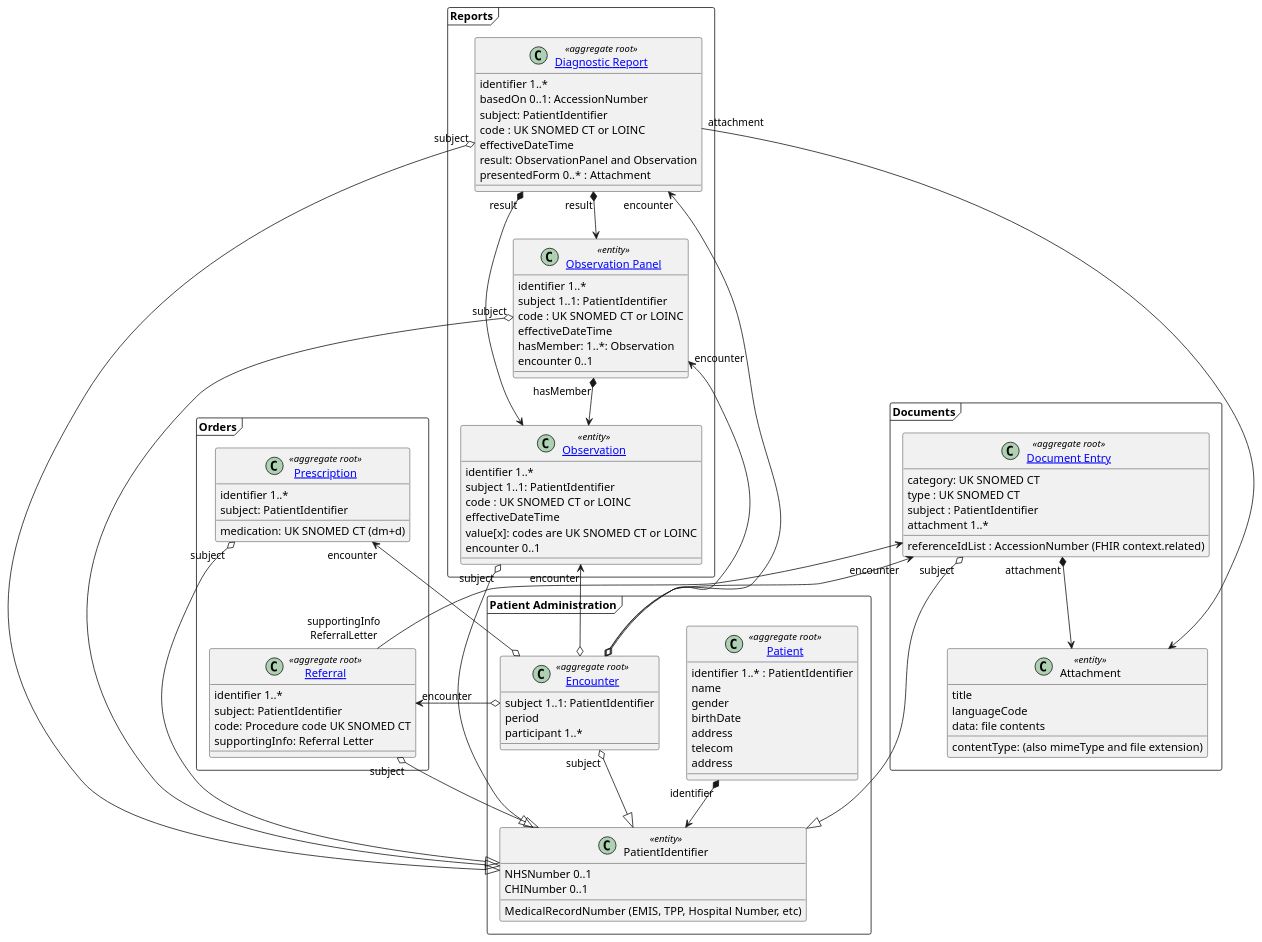
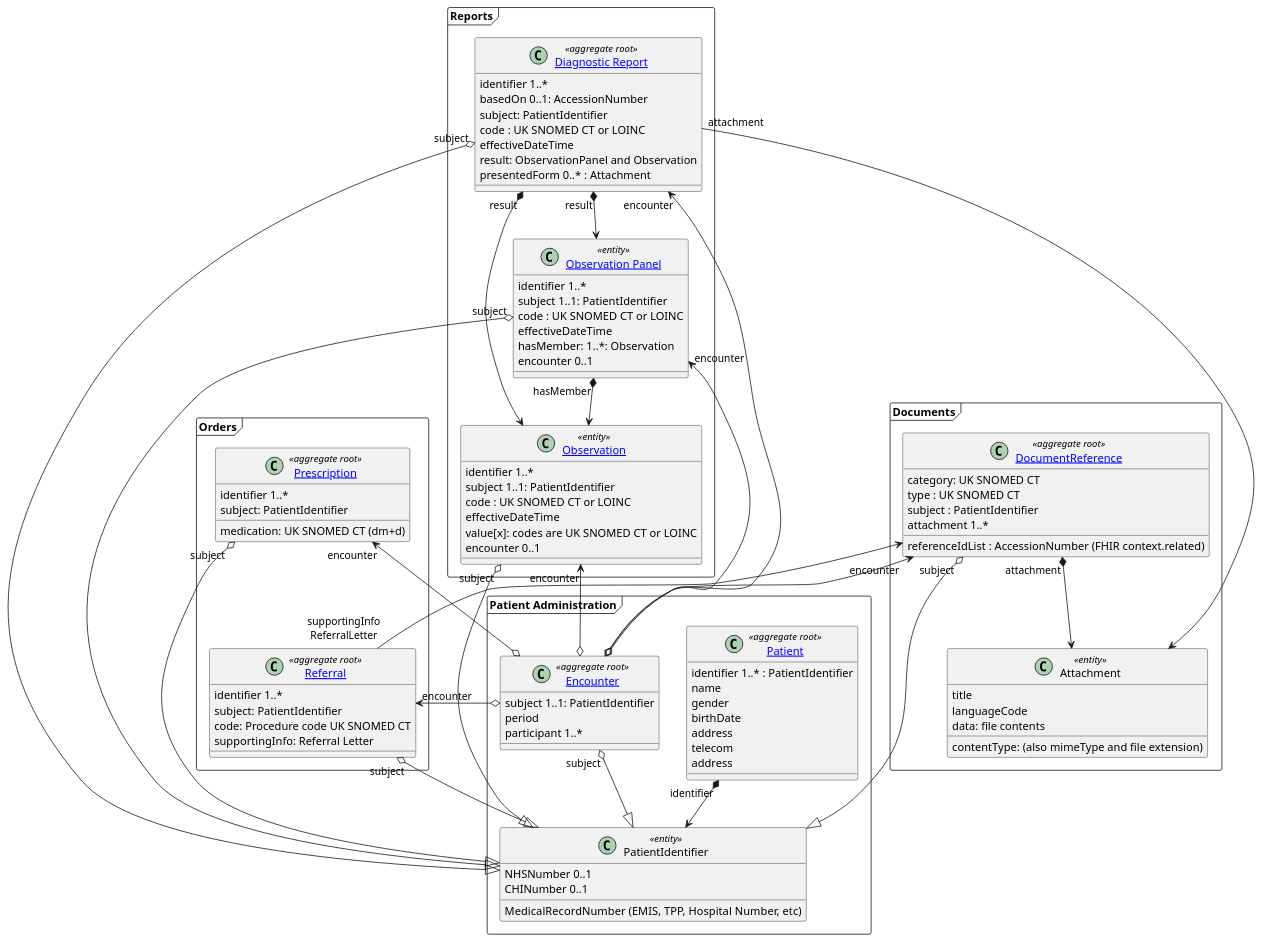
One commit to Virtually-Healthcare/virtually-healthcare.github.com changed the diagram in input/images-source/eReport-entity-model.plantuml. Above: the diagram before and after it, drawn with PlantUML. The commit also changed 4 other files, not shown here.

```diff
--- a/input/images-source/eReport-entity-model.plantuml
+++ b/input/images-source/eReport-entity-model.plantuml
@@ -1,144 +1,144 @@
 @startuml
 
 skinparam svgDimensionStyle false
 
 frame PD1 as "Patient Administration" {
   class "[[StructureDefinition-Patient.html Patient]]" as Patient <<aggregate root>> {
   identifier 1..* : PatientIdentifier
   name
   gender
   birthDate
   address
   telecom
   address
   }
 
 
   class PatientIdentifier <<entity>> {
   NHSNumber 0..1
   CHINumber 0..1
   MedicalRecordNumber (EMIS, TPP, Hospital Number, etc)
   }
 
   class "[[StructureDefinition-Encounter.html Encounter]]" as Encounter <<aggregate root>> {
   subject 1..1: PatientIdentifier
   period
   participant 1..*
   }
 
 
   Patient "identifier" *--> PatientIdentifier
   Encounter "subject" o--|> PatientIdentifier
 
 }
 
 frame Diagnostics as "Reports" {
   class "[[StructureDefinition-Observation.html Observation]]" as Observation <<entity>> {
   identifier 1..*
   subject 1..1: PatientIdentifier
   code : UK SNOMED CT or LOINC
   effectiveDateTime
   value[x]: codes are UK SNOMED CT or LOINC
   encounter 0..1
   }
 
 
   class "[[assessments-and-observations.html Observation Panel]]" as ObservationPanel <<entity>> {
   identifier 1..*
   subject 1..1: PatientIdentifier
   code : UK SNOMED CT or LOINC
   effectiveDateTime
   hasMember: 1..*: Observation
   encounter 0..1
   }
 
 
   class "[[StructureDefinition-DiagnosticReport.html Diagnostic Report]]" as DiagnosticReport <<aggregate root>> {
   identifier 1..*
   basedOn 0..1: AccessionNumber
   subject: PatientIdentifier
   code : UK SNOMED CT or LOINC
   effectiveDateTime
   result: ObservationPanel and Observation
   presentedForm 0..* : Attachment
   }
 
   DiagnosticReport "result" *--> ObservationPanel
    DiagnosticReport "result" *--> Observation
   ObservationPanel "hasMember" *--> Observation
 
 }
 
 
 
 frame Documents {
 
   class Attachment <<entity>> {
   contentType: (also mimeType and file extension)
   title
   languageCode
   data: file contents
   }
 
 
-  class "[[StructureDefinition-DocumentReference.html Document Entry]]" as DocumentEntry <<aggregate root>> {
+  class "[[StructureDefinition-DocumentReference.html DocumentReference]]" as DocumentEntry <<aggregate root>> {
   category: UK SNOMED CT
   type : UK SNOMED CT
   subject : PatientIdentifier
   attachment 1..*
   referenceIdList : AccessionNumber (FHIR context.related)
   }
 
 
   DocumentEntry "attachment" *-d-> Attachment
 
 }
 
 frame Orders {
 
 
 
 
   class "[[StructureDefinition-MedicationRequest.html Prescription]]" as Prescription <<aggregate root>> {
   identifier 1..*
   subject: PatientIdentifier
   medication: UK SNOMED CT (dm+d)
   }
 
 
   class "[[StructureDefinition-ServiceRequest.html Referral]]" as Referral <<aggregate root>> {
   identifier 1..*
   subject: PatientIdentifier
   code: Procedure code UK SNOMED CT
   supportingInfo: Referral Letter
   }
 
   Prescription -d[hidden]- Referral
 
 
 
 }
 
 
 
 
 Observation "subject" o--|> PatientIdentifier
 ObservationPanel "subject" o--|> PatientIdentifier
 DiagnosticReport "subject" o--|> PatientIdentifier
 DocumentEntry "subject" o--|> PatientIdentifier
 
 Observation "encounter" <--o Encounter
 ObservationPanel "encounter" <--o Encounter
 DiagnosticReport "encounter" <--o Encounter
 DocumentEntry "encounter" <--o Encounter
 
 Referral "supportingInfo\nReferralLetter" --> DocumentEntry
 Referral "subject" o-u-|> PatientIdentifier
 Prescription "subject" o-u-|> PatientIdentifier
 
 Referral "encounter" <--o Encounter
 Prescription "encounter" <--o Encounter
 
 DiagnosticReport "attachment" --> Attachment
 
 @enduml
```
